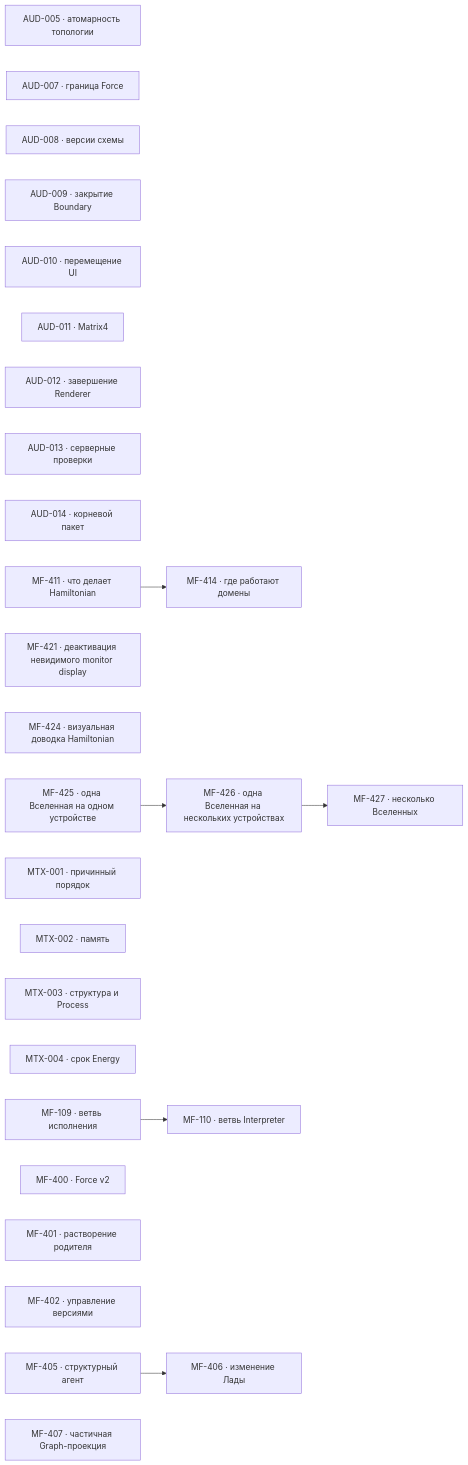
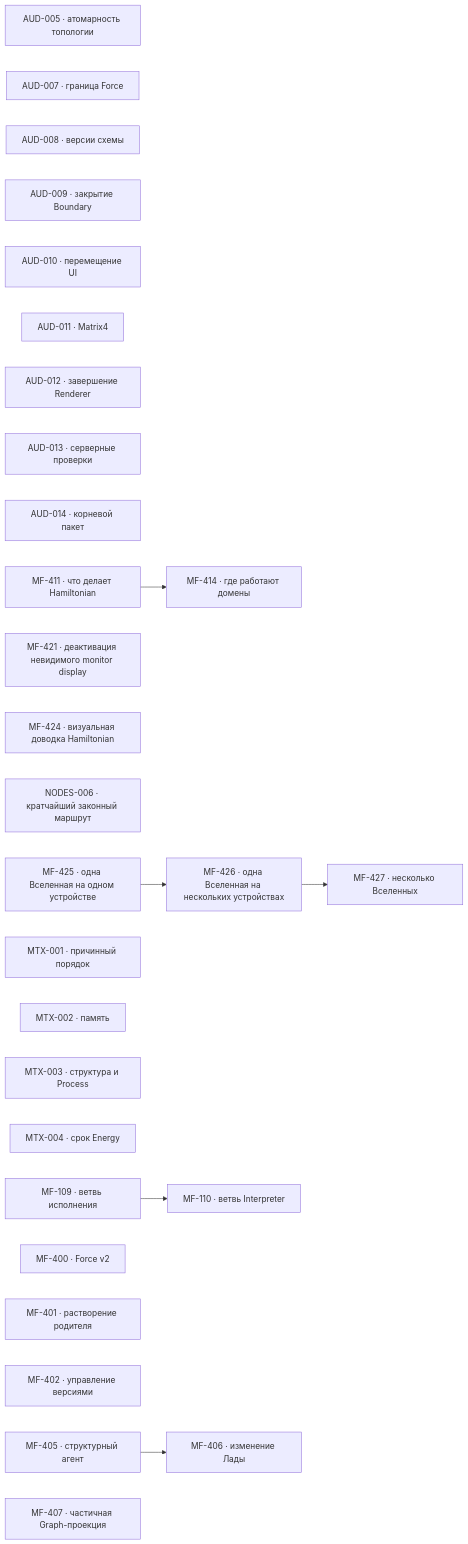
Before and after one commit to zavx0z/metafor: the diagram in project/TODO.md, drawn with Mermaid. The commit also changed other lines of this file and 18 other files, not shown here.

````diff
--- a/project/TODO.md
+++ b/project/TODO.md
@@ -13,36 +13,37 @@
 ```mermaid
 flowchart LR
     AUD005["AUD-005 · атомарность топологии"]
     AUD007["AUD-007 · граница Force"]
     AUD008["AUD-008 · версии схемы"]
     AUD009["AUD-009 · закрытие Boundary"]
     AUD010["AUD-010 · перемещение UI"]
     AUD011["AUD-011 · Matrix4"]
     AUD012["AUD-012 · завершение Renderer"]
     AUD013["AUD-013 · серверные проверки"]
     AUD014["AUD-014 · корневой пакет"]
     MF411["MF-411 · что делает Hamiltonian"]
     MF414["MF-414 · где работают домены"]
     MF421["MF-421 · деактивация невидимого monitor display"]
     MF424["MF-424 · визуальная доводка Hamiltonian"]
+    NODES006["NODES-006 · кратчайший законный маршрут"]
     MF425["MF-425 · одна Вселенная на одном устройстве"]
     MF426["MF-426 · одна Вселенная на нескольких устройствах"]
     MF427["MF-427 · несколько Вселенных"]
     MTX001["MTX-001 · причинный порядок"]
     MTX002["MTX-002 · память"]
     MTX003["MTX-003 · структура и Process"]
     MTX004["MTX-004 · срок Energy"]
     MF109["MF-109 · ветвь исполнения"]
     MF110["MF-110 · ветвь Interpreter"]
     MF400["MF-400 · Force v2"]
     MF401["MF-401 · растворение родителя"]
     MF402["MF-402 · управление версиями"]
     MF405["MF-405 · структурный агент"]
     MF406["MF-406 · изменение Лады"]
     MF407["MF-407 · частичная Graph-проекция"]
     MF109 --> MF110
     MF405 --> MF406
     MF411 --> MF414
     MF425 --> MF426
     MF426 --> MF427
 ```
````
